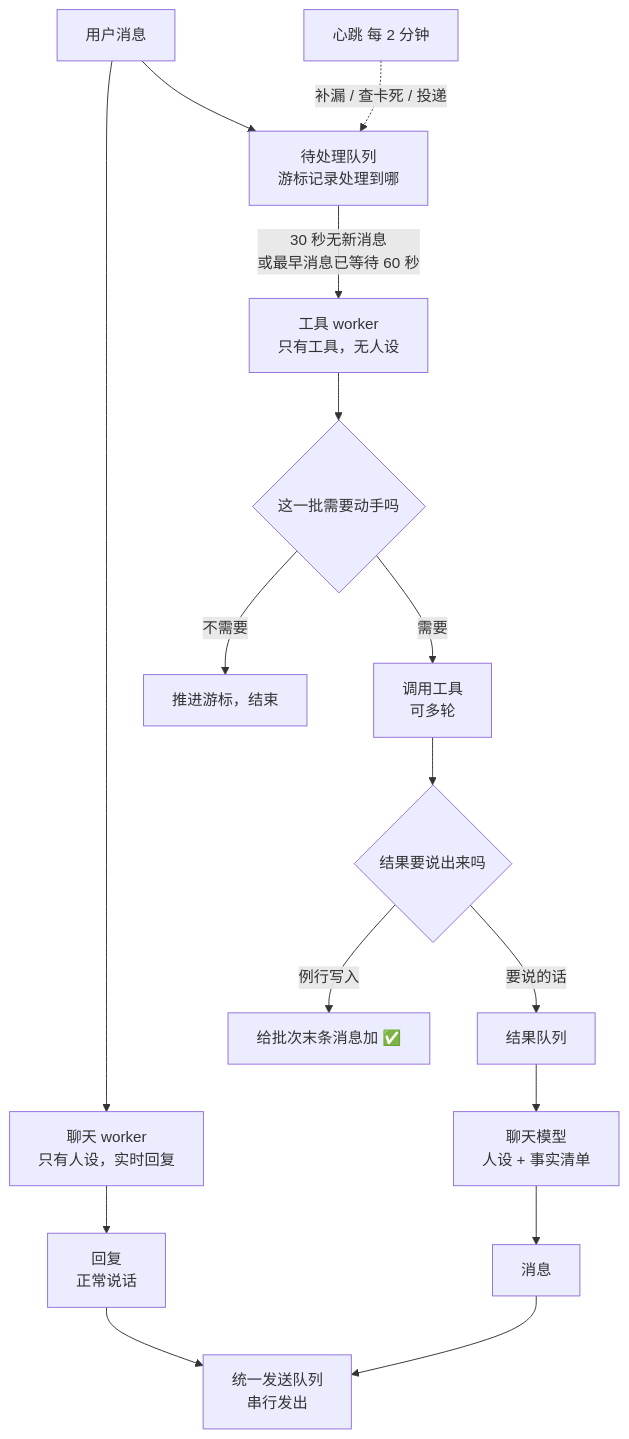
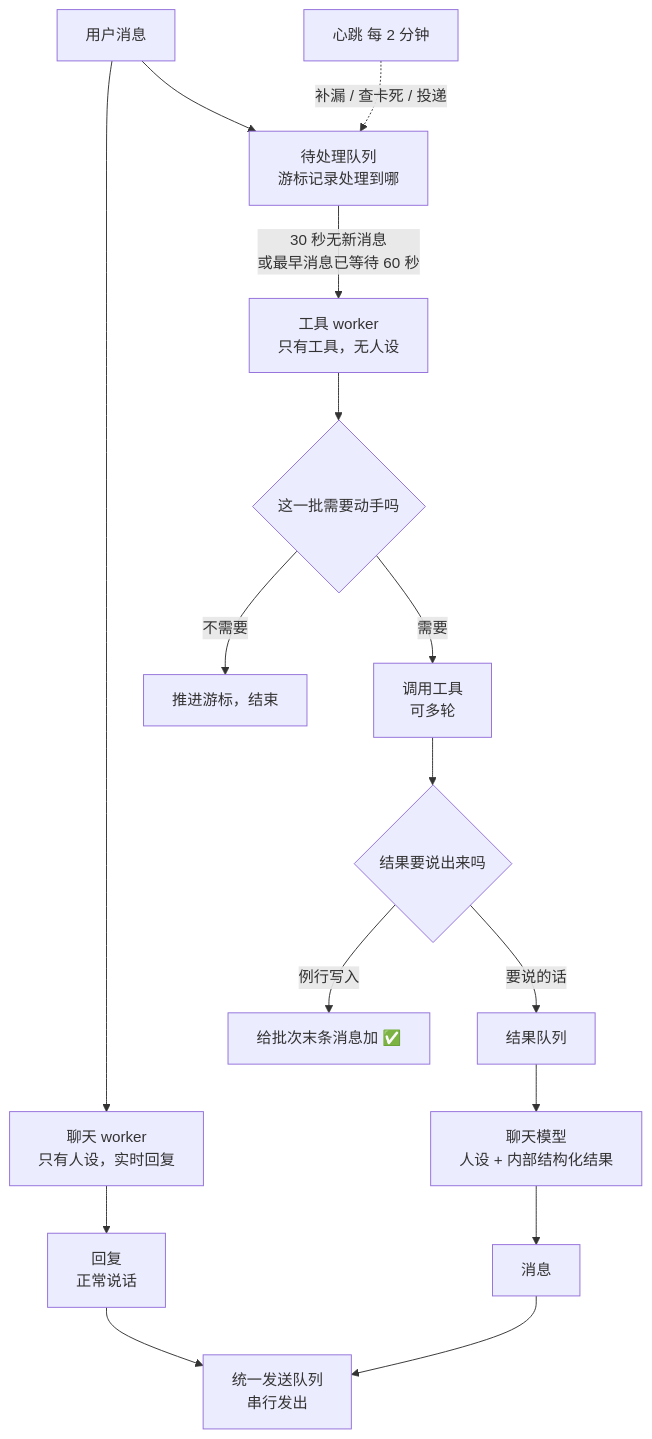
Before and after one commit to nctlcnt/life_tracker: the diagram in docs/plan/parallel-chat-tool-split.md, drawn with Mermaid. The commit also changed other lines of this file and 6 other files, not shown here.

````diff
--- a/docs/plan/parallel-chat-tool-split.md
+++ b/docs/plan/parallel-chat-tool-split.md
@@ -52,35 +52,35 @@
 ```mermaid
 
 flowchart TD
 
 A[用户消息] --> B[聊天 worker<br/>只有人设，实时回复]
 
 A --> C[待处理队列<br/>游标记录处理到哪]
 
 B --> D[回复<br/>正常说话]
 
 C -->|30 秒无新消息<br/>或最早消息已等待 60 秒| E[工具 worker<br/>只有工具，无人设]
 
 E --> F{这一批需要动手吗}
 
 F -->|不需要| G[推进游标，结束]
 
 F -->|需要| H[调用工具<br/>可多轮]
 
 H --> I{结果要说出来吗}
 
 I -->|例行写入| J[给批次末条消息加 ✅]
 
 I -->|要说的话| K[结果队列]
 
-K --> L[聊天模型<br/>人设 + 事实清单]
+K --> L[聊天模型<br/>人设 + 内部结构化结果]
 
 L --> M[消息]
 
 D --> N[统一发送队列<br/>串行发出]
 
 M --> N
 
 O[心跳 每 2 分钟] -.补漏 / 查卡死 / 投递.-> C
 
 ```
````
